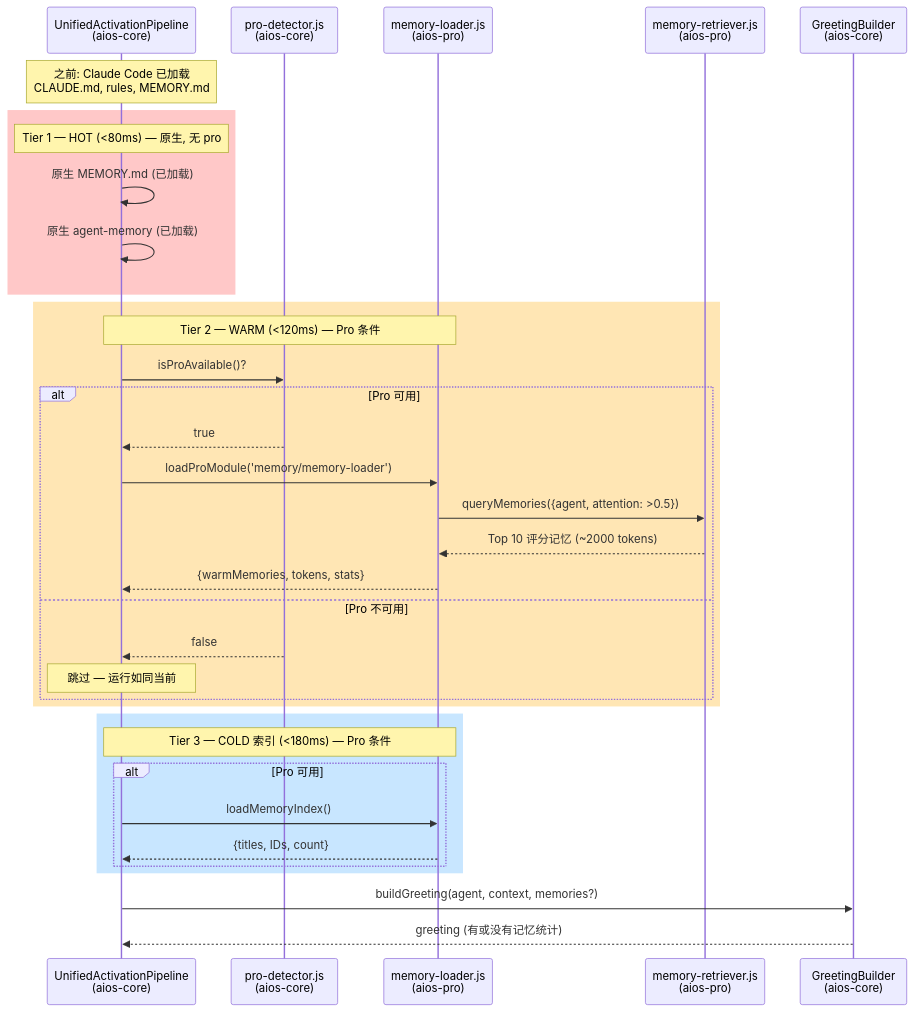
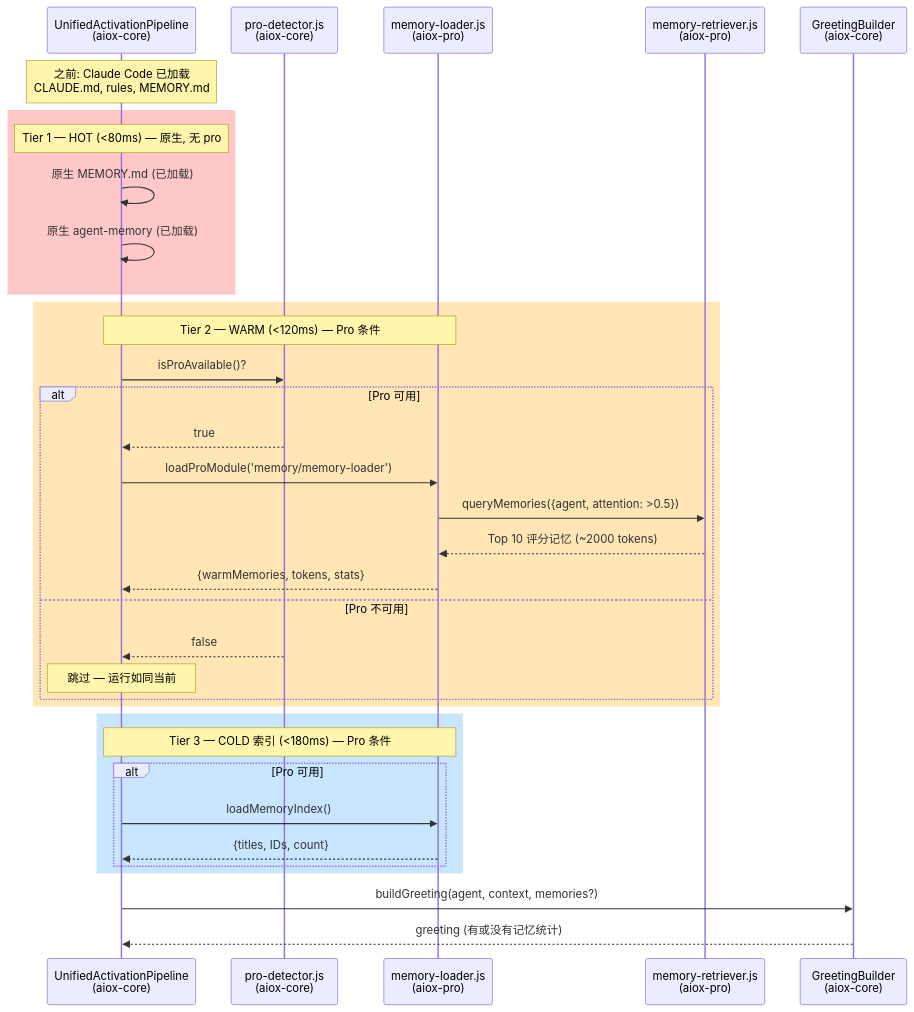
The tenth of 11 diagrams in docs/zh/guides/MEMORY-INTELLIGENCE-SYSTEM.md (brunajunckes/aiox-core), drawn with Mermaid before and after one commit. The commit also changed other lines of this file and 3396 other files, not shown here.

First line of the commit message:
chore: rebrand aios → aiox across entire codebase (#552)

````diff
--- a/docs/zh/guides/MEMORY-INTELLIGENCE-SYSTEM.md
+++ b/docs/zh/guides/MEMORY-INTELLIGENCE-SYSTEM.md
@@ -761,43 +761,43 @@
 ```mermaid
 sequenceDiagram
-    participant UAP as UnifiedActivationPipeline<br/>(aios-core)
-    participant PD as pro-detector.js<br/>(aios-core)
-    participant ML as memory-loader.js<br/>(aios-pro)
-    participant MR as memory-retriever.js<br/>(aios-pro)
-    participant GB as GreetingBuilder<br/>(aios-core)
+    participant UAP as UnifiedActivationPipeline<br/>(aiox-core)
+    participant PD as pro-detector.js<br/>(aiox-core)
+    participant ML as memory-loader.js<br/>(aiox-pro)
+    participant MR as memory-retriever.js<br/>(aiox-pro)
+    participant GB as GreetingBuilder<br/>(aiox-core)
 
     Note over UAP: 之前: Claude Code 已加载<br/>CLAUDE.md, rules, MEMORY.md
 
     rect rgb(255, 200, 200)
         Note over UAP: Tier 1 — HOT (<80ms) — 原生, 无 pro
         UAP->>UAP: 原生 MEMORY.md (已加载)
         UAP->>UAP: 原生 agent-memory (已加载)
     end
 
     rect rgb(255, 230, 180)
         Note over UAP,ML: Tier 2 — WARM (<120ms) — Pro 条件
         UAP->>PD: isProAvailable()?
 
         alt Pro 可用
             PD-->>UAP: true
             UAP->>ML: loadProModule('memory/memory-loader')
             ML->>MR: queryMemories({agent, attention: >0.5})
             MR-->>ML: Top 10 评分记忆 (~2000 tokens)
             ML-->>UAP: {warmMemories, tokens, stats}
         else Pro 不可用
             PD-->>UAP: false
             Note over UAP: 跳过 — 运行如同当前
         end
     end
 
     rect rgb(200, 230, 255)
         Note over UAP,ML: Tier 3 — COLD 索引 (<180ms) — Pro 条件
         alt Pro 可用
             UAP->>ML: loadMemoryIndex()
             ML-->>UAP: {titles, IDs, count}
         end
     end
 
     UAP->>GB: buildGreeting(agent, context, memories?)
     GB-->>UAP: greeting (有或没有记忆统计)
 ```
````
